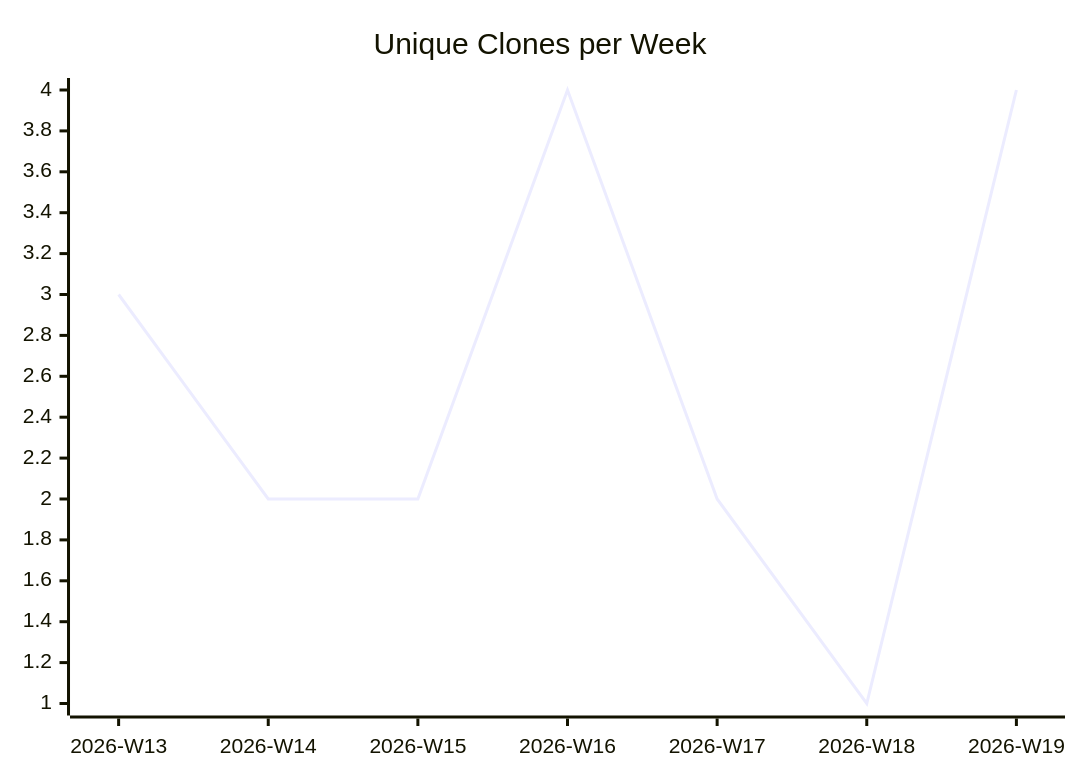
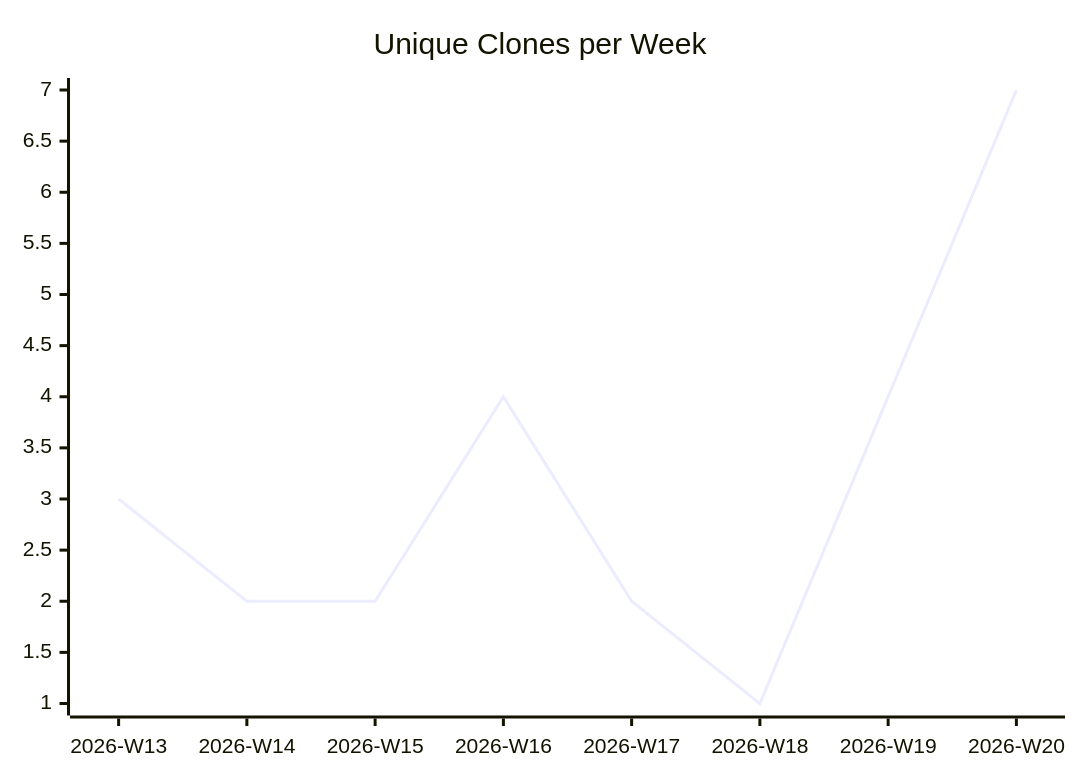
The third of 3 diagrams in karlmdavis/ansible-role-rcm-dotfiles/README.md (justdavis-family/github-analytics-data), drawn with Mermaid before and after one commit. The commit also changed other lines of this file and 176 other files, not shown here.

````diff
--- a/karlmdavis/ansible-role-rcm-dotfiles/README.md
+++ b/karlmdavis/ansible-role-rcm-dotfiles/README.md
@@ -19,6 +19,6 @@
 ```mermaid
 xychart-beta
   title "Unique Clones per Week"
-  x-axis ["2026-W13", "2026-W14", "2026-W15", "2026-W16", "2026-W17", "2026-W18", "2026-W19"]
-  line [3, 2, 2, 4, 2, 1, 4]
+  x-axis ["2026-W13", "2026-W14", "2026-W15", "2026-W16", "2026-W17", "2026-W18", "2026-W19", "2026-W20"]
+  line [3, 2, 2, 4, 2, 1, 4, 7]
 ```
````
